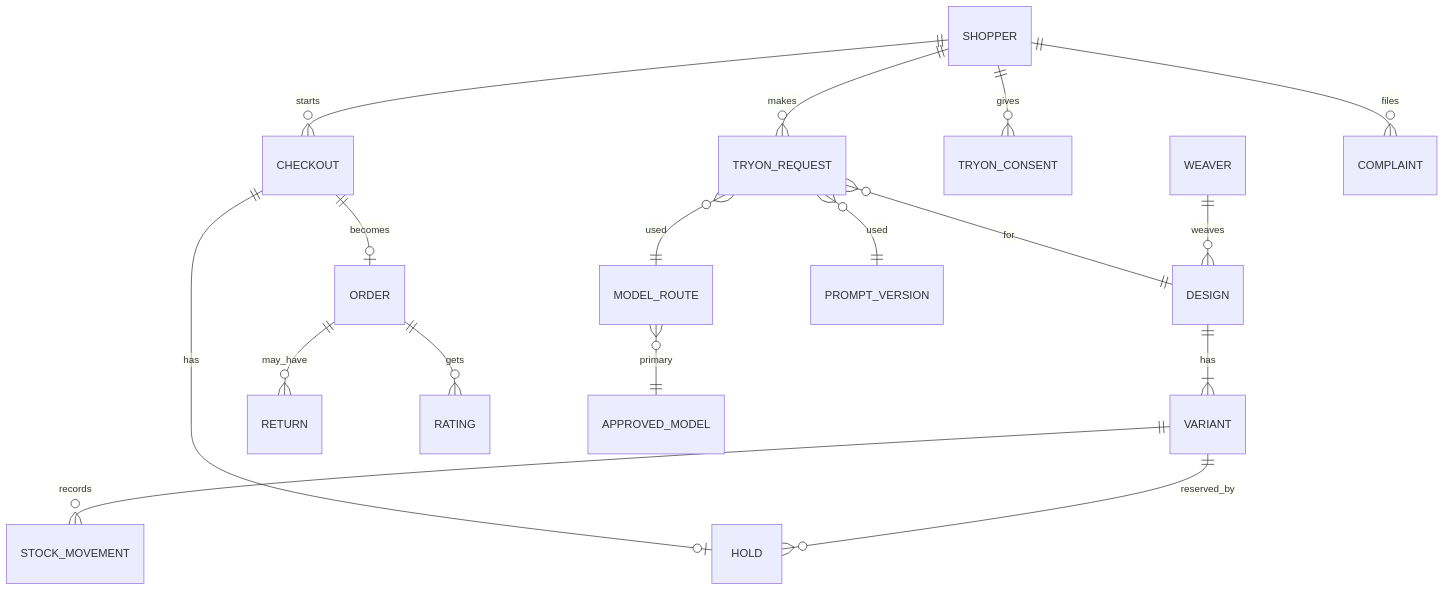
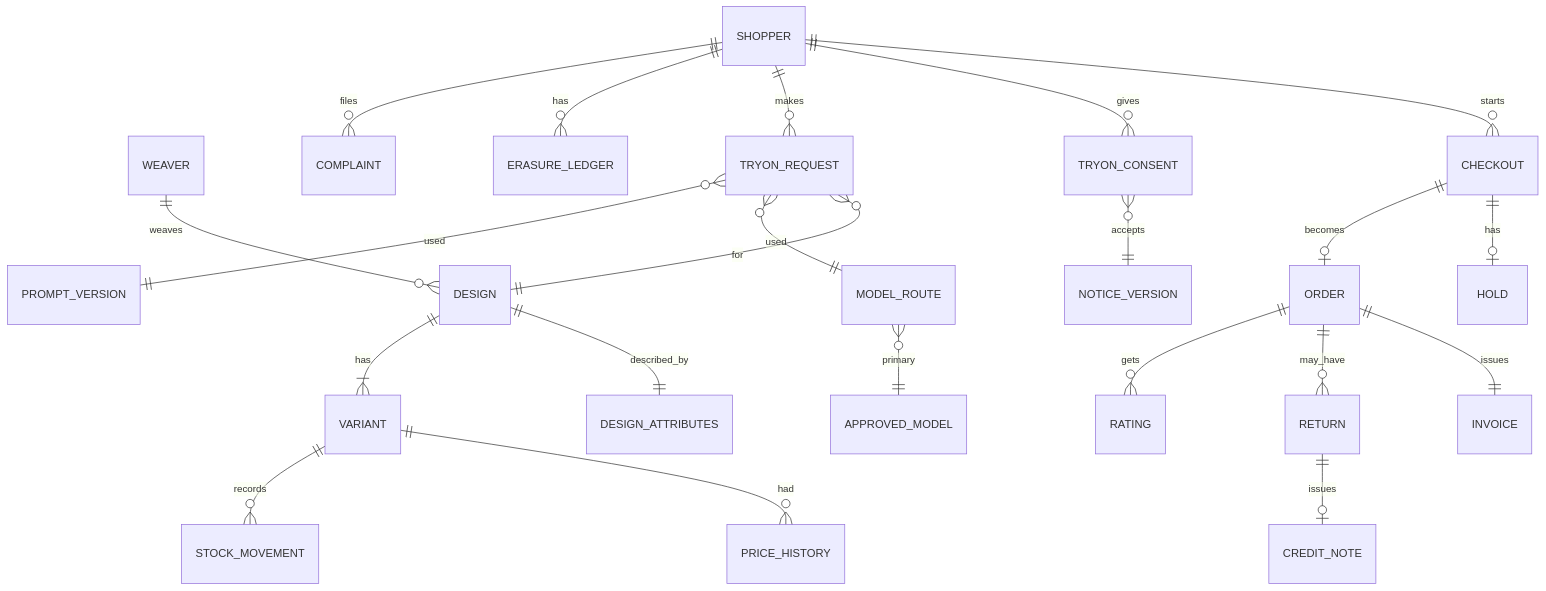
The fifth of 5 diagrams in _bmad-output/planning-artifacts/architecture/architecture-saree-commerce-2026-11-27/ARCHITECTURE-SPINE.md (prasanthodin/Alar), drawn with Mermaid before and after one commit. The commit also changed other lines of this file and 2 other files, not shown here.

First line of the commit message:
Rewrite architecture spine after reality-check and adversarial reviews

````diff
--- a/_bmad-output/planning-artifacts/architecture/architecture-saree-commerce-2026-11-27/ARCHITECTURE-SPINE.md
+++ b/_bmad-output/planning-artifacts/architecture/architecture-saree-commerce-2026-11-27/ARCHITECTURE-SPINE.md
@@ -304,19 +377,24 @@
 ```mermaid
 erDiagram
   WEAVER ||--o{ DESIGN : weaves
+  DESIGN ||--|| DESIGN_ATTRIBUTES : described_by
   DESIGN ||--|{ VARIANT : has
+  VARIANT ||--o{ PRICE_HISTORY : had
   VARIANT ||--o{ STOCK_MOVEMENT : records
-  VARIANT ||--o{ HOLD : reserved_by
   SHOPPER ||--o{ CHECKOUT : starts
   CHECKOUT ||--o| HOLD : has
   CHECKOUT ||--o| ORDER : becomes
+  ORDER ||--|| INVOICE : issues
   ORDER ||--o{ RETURN : may_have
+  RETURN ||--o| CREDIT_NOTE : issues
   ORDER ||--o{ RATING : gets
   SHOPPER ||--o{ TRYON_CONSENT : gives
+  TRYON_CONSENT }o--|| NOTICE_VERSION : accepts
   SHOPPER ||--o{ TRYON_REQUEST : makes
   TRYON_REQUEST }o--|| DESIGN : for
   TRYON_REQUEST }o--|| MODEL_ROUTE : used
   TRYON_REQUEST }o--|| PROMPT_VERSION : used
   MODEL_ROUTE }o--|| APPROVED_MODEL : primary
+  SHOPPER ||--o{ ERASURE_LEDGER : has
   SHOPPER ||--o{ COMPLAINT : files
 ```
````
